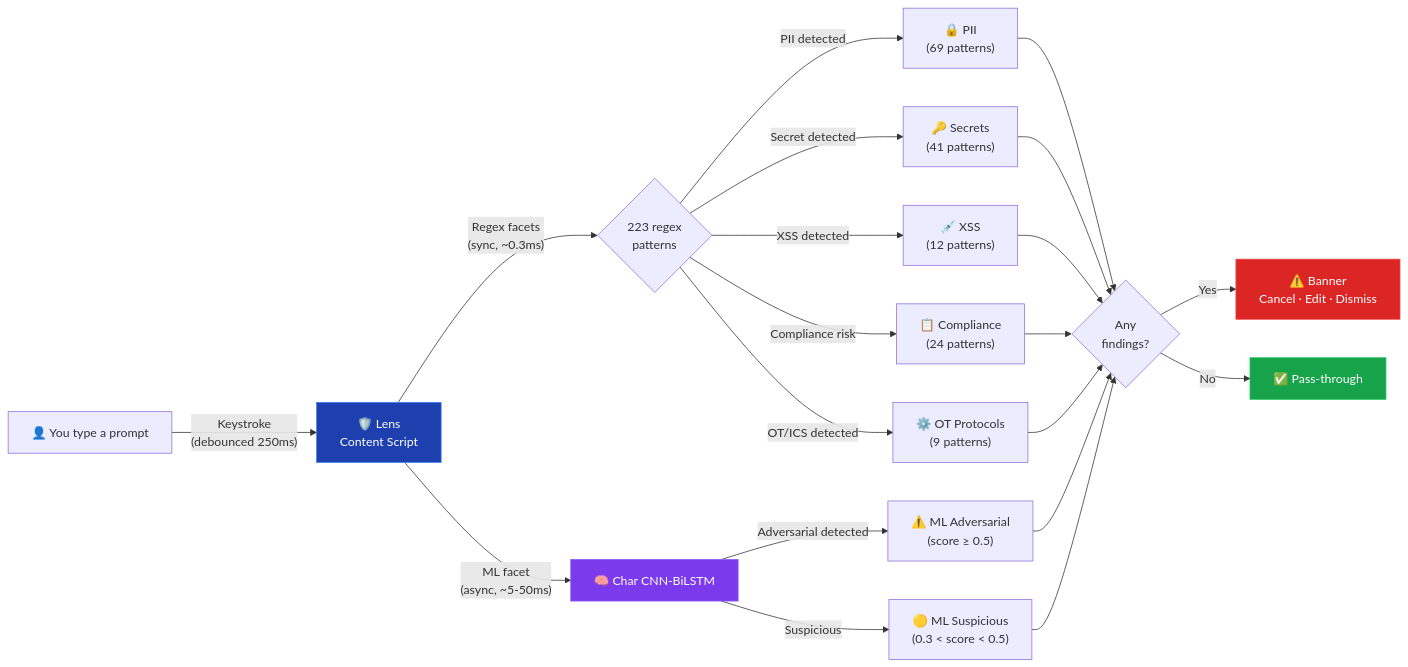
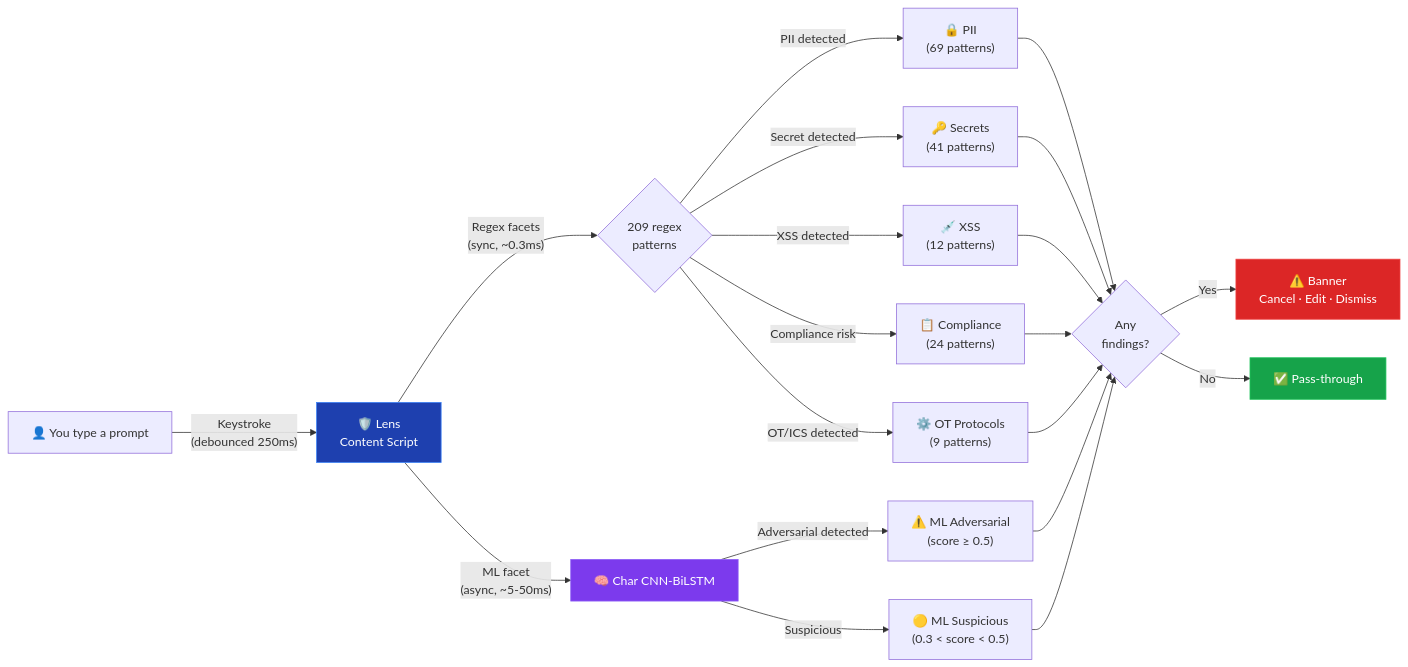
One commit to aegisgatesecurity/aegisgate-lens changed the diagram in README.md. Above: the diagram before and after it, drawn with Mermaid. The commit also changed other lines of this file, not shown here.

First line of the commit message:
fix: correct Lens regex pattern count 223→209 in README (#58)

````diff
--- a/README.md
+++ b/README.md
@@ -109,23 +109,23 @@
 ```mermaid
 flowchart LR
     User["👤 You type a prompt"] -->|"Keystroke<br/>(debounced 250ms)"| Lens["🛡️ Lens<br/>Content Script"]
-    Lens -->|"Regex facets<br/>(sync, ~0.3ms)"| Regex{"223 regex<br/>patterns"}
+    Lens -->|"Regex facets<br/>(sync, ~0.3ms)"| Regex{"209 regex<br/>patterns"}
     Lens -->|"ML facet<br/>(async, ~5-50ms)"| ML["🧠 Char CNN-BiLSTM"]
 
     Regex -->|"PII detected"| PII["🔒 PII<br/>(69 patterns)"]
     Regex -->|"Secret detected"| Secret["🔑 Secrets<br/>(41 patterns)"]
     Regex -->|"XSS detected"| XSS["💉 XSS<br/>(12 patterns)"]
     Regex -->|"Compliance risk"| Comp["📋 Compliance<br/>(24 patterns)"]
     Regex -->|"OT/ICS detected"| OT["⚙️ OT Protocols<br/>(9 patterns)"]
     ML -->|"Adversarial detected"| Adv["⚠️ ML Adversarial<br/>(score ≥ 0.5)"]
     ML -->|"Suspicious"| Sus["🟡 ML Suspicious<br/>(0.3 < score < 0.5)"]
 
     PII & Secret & XSS & Comp & OT & Adv & Sus --> Decision{"Any<br/>findings?"}
     Decision -->|"Yes"| Banner["⚠️ Banner<br/>Cancel · Edit · Dismiss"]
     Decision -->|"No"| Pass["✅ Pass-through"]
 
     style Lens fill:#1e40af,stroke:#3b82f6,color:#fff
     style ML fill:#7c3aed,stroke:#8b5cf6,color:#fff
     style Banner fill:#dc2626,stroke:#ef4444,color:#fff
     style Pass fill:#16a34a,stroke:#22c55e,color:#fff
 ```
````
